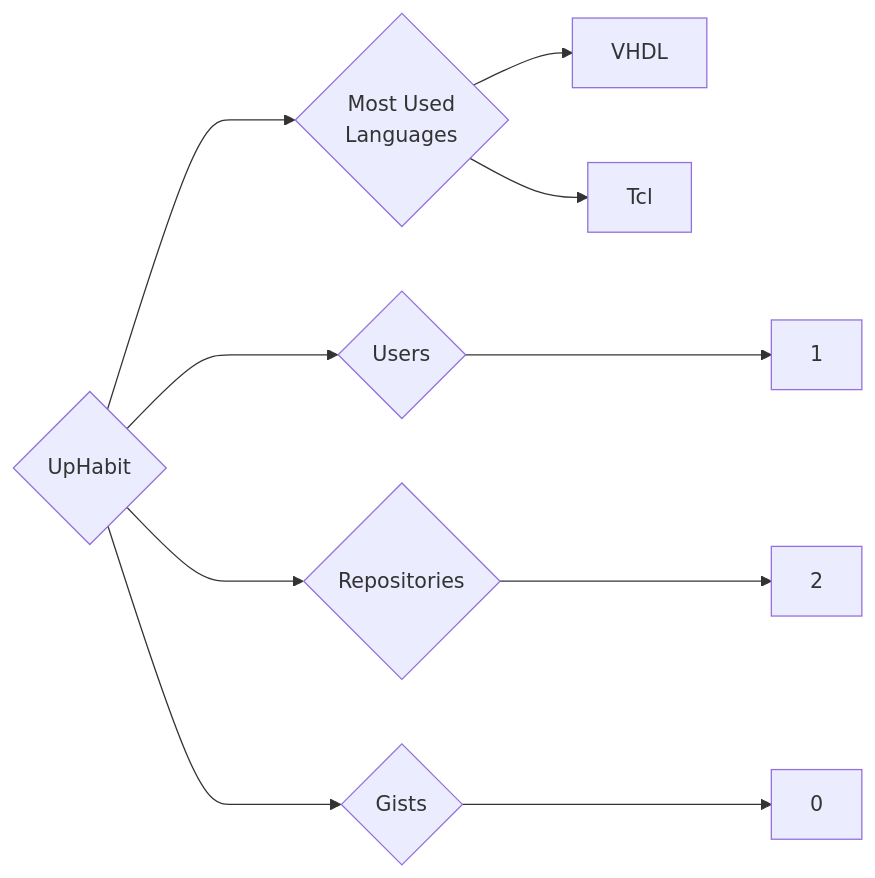
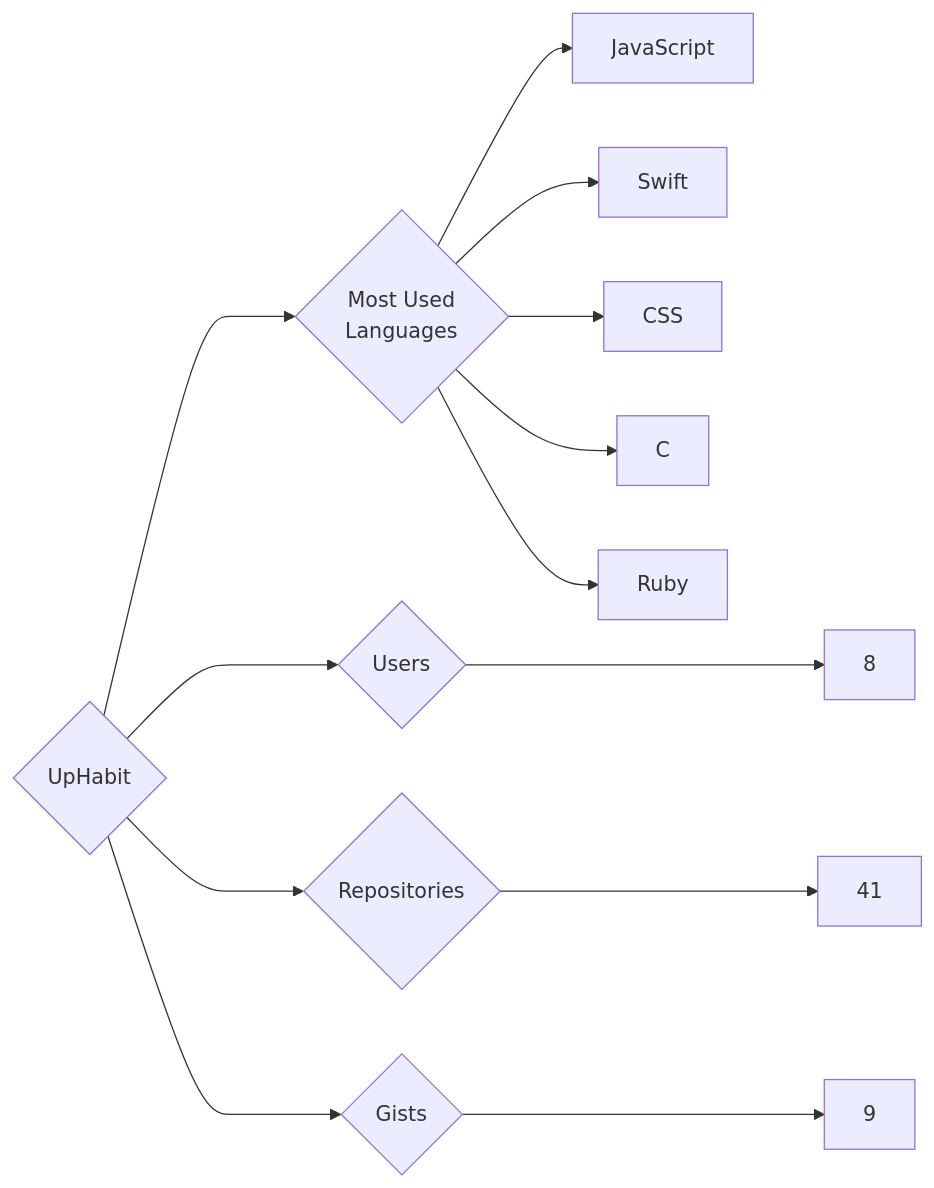
Before and after one commit to trickest/insiders: the diagram in targets/UpHabit/README.md, drawn with Mermaid. The commit also changed 1696 other files, not shown here.

````diff
--- a/targets/UpHabit/README.md
+++ b/targets/UpHabit/README.md
@@ -3,10 +3,13 @@
 ```mermaid
 graph LR
 COMPANY_NAME{UpHabit}
-COMPANY_NAME ---> U{Users} ---> UN[1]
-COMPANY_NAME ---> R{Repositories} ---> RN[2]
-COMPANY_NAME ---> G{Gists} ---> GN[0]
+COMPANY_NAME ---> U{Users} ---> UN[8]
+COMPANY_NAME ---> R{Repositories} ---> RN[41]
+COMPANY_NAME ---> G{Gists} ---> GN[9]
 COMPANY_NAME ---> ML{Most Used<br>Languages}
-ML --> VHDL[VHDL]
-ML --> Tcl[Tcl]
+ML --> JavaScript[JavaScript]
+ML --> Swift[Swift]
+ML --> CSS[CSS]
+ML --> C[C]
+ML --> Ruby[Ruby]
 ```
````
